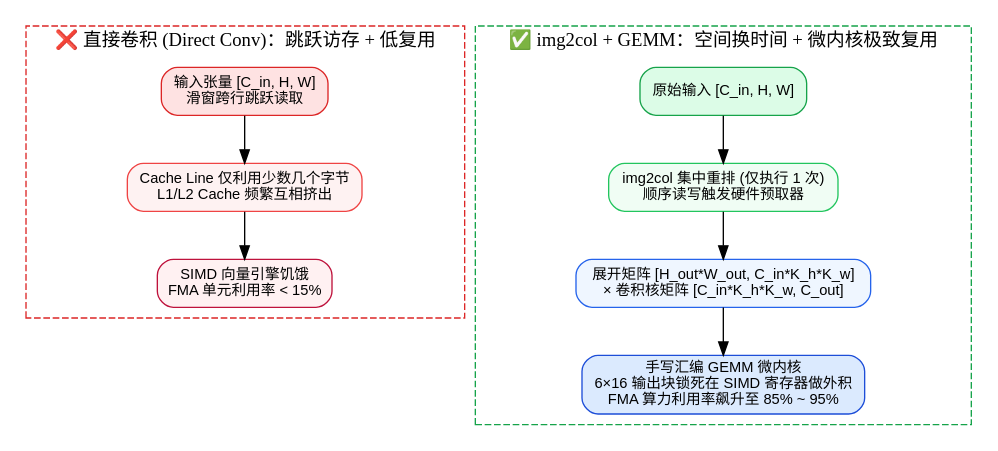
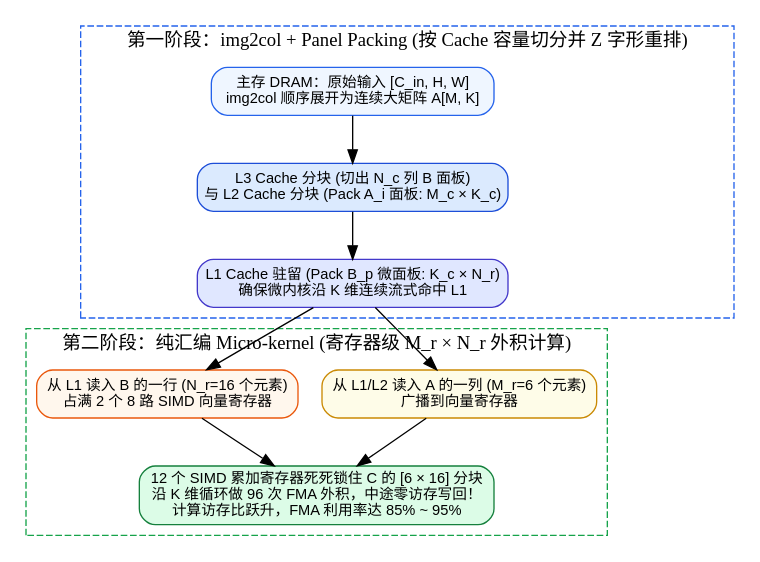
The second of 10 diagrams in src/content/posts/cpu-npu-operator-optimization-bithacks-numerical-codesign-guide.md (hqu-little-boy/blog), drawn with Graphviz before and after one commit. The commit also changed other lines of this file, not shown here.

````diff
--- a/src/content/posts/cpu-npu-operator-optimization-bithacks-numerical-codesign-guide.md
+++ b/src/content/posts/cpu-npu-operator-optimization-bithacks-numerical-codesign-guide.md
@@ -104,30 +115,33 @@
 ```dot
-digraph Img2ColVsDirect {
+digraph GEMMHierarchy {
     rankdir=TB;
     node [shape=box, style="filled,rounded", fontname="sans-serif", fontsize=11];
-    edge [fontname="sans-serif", fontsize=10];
 
-    subgraph cluster_direct {
-        label="❌ 直接卷积 (Direct Conv)：跳跃访存 + 低复用";
+    subgraph cluster_mem {
+        label="第一阶段：img2col + Panel Packing (按 Cache 容量切分并 Z 字形重排)";
         style=dashed;
-        color="#dc2626";
+        color="#2563eb";
 
-        D1 [label="输入张量 [C_in, H, W]\n滑窗跨行跳跃读取", fillcolor="#fee2e2", color="#dc2626"];
-        D2 [label="Cache Line 仅利用少数几个字节\nL1/L2 Cache 频繁互相挤出", fillcolor="#fef2f2", color="#ef4444"];
-        D3 [label="SIMD 向量引擎饥饿\nFMA 单元利用率 < 15%", fillcolor="#fff1f2", color="#be123c"];
-        D1 -> D2 -> D3;
+        DRAM [label="主存 DRAM：原始输入 [C_in, H, W]\nimg2col 顺序展开为连续大矩阵 A[M, K]", fillcolor="#eff6ff", color="#2563eb"];
+        L3 [label="L3 Cache 分块 (切出 N_c 列 B 面板)\n与 L2 Cache 分块 (Pack A_i 面板: M_c × K_c)", fillcolor="#dbeafe", color="#1d4ed8"];
+        L1 [label="L1 Cache 驻留 (Pack B_p 微面板: K_c × N_r)\n确保微内核沿 K 维连续流式命中 L1", fillcolor="#e0e7ff", color="#4338ca"];
+        DRAM -> L3 -> L1;
     }
 
-    subgraph cluster_img2col {
-        label="✅ img2col + GEMM：空间换时间 + 微内核极致复用";
+    subgraph cluster_reg {
+        label="第二阶段：纯汇编 Micro-kernel (寄存器级 M_r × N_r 外积计算)";
         style=dashed;
         color="#16a34a";
 
-        I1 [label="原始输入 [C_in, H, W]", fillcolor="#dcfce7", color="#16a34a"];
-        I2 [label="img2col 集中重排 (仅执行 1 次)\n顺序读写触发硬件预取器", fillcolor="#f0fdf4", color="#22c55e"];
-        I3 [label="展开矩阵 [H_out*W_out, C_in*K_h*K_w]\n× 卷积核矩阵 [C_in*K_h*K_w, C_out]", fillcolor="#eff6ff", color="#2563eb"];
-        I4 [label="手写汇编 GEMM 微内核\n6×16 输出块锁死在 SIMD 寄存器做外积\nFMA 算力利用率飙升至 85% ~ 95%", fillcolor="#dbeafe", color="#1d4ed8"];
-        I1 -> I2 -> I3 -> I4;
+        REG_A [label="从 L1/L2 读入 A 的一列 (M_r=6 个元素)\n广播到向量寄存器", fillcolor="#fefce8", color="#ca8a04"];
+        REG_B [label="从 L1 读入 B 的一行 (N_r=16 个元素)\n占满 2 个 8 路 SIMD 向量寄存器", fillcolor="#fff7ed", color="#ea580c"];
+        ACC [label="12 个 SIMD 累加寄存器死死锁住 C 的 [6 × 16] 分块\n沿 K 维循环做 96 次 FMA 外积，中途零访存写回！\n计算访存比跃升，FMA 利用率达 85% ~ 95%", fillcolor="#dcfce7", color="#15803d"];
+
+        REG_A -> ACC;
+        REG_B -> ACC;
     }
+
+    L1 -> REG_A;
+    L1 -> REG_B;
 }
 ```
````
